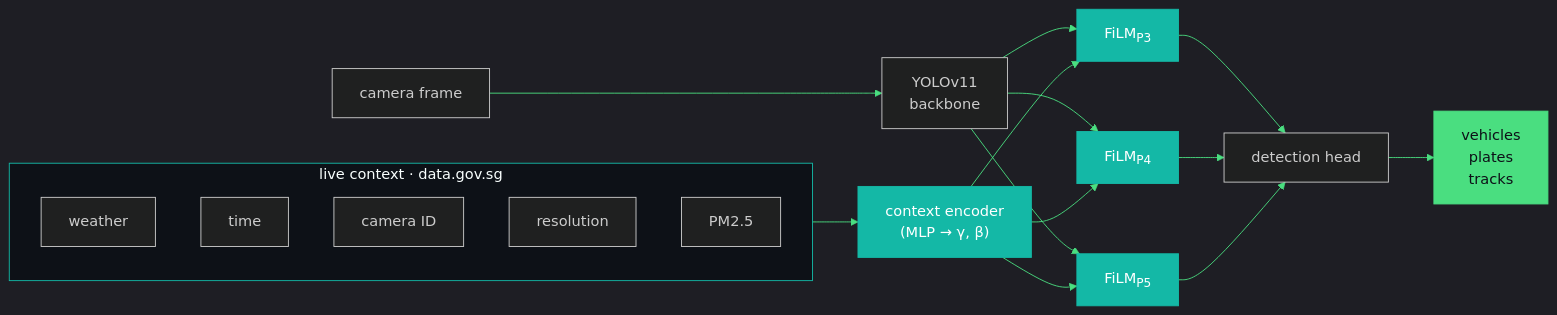
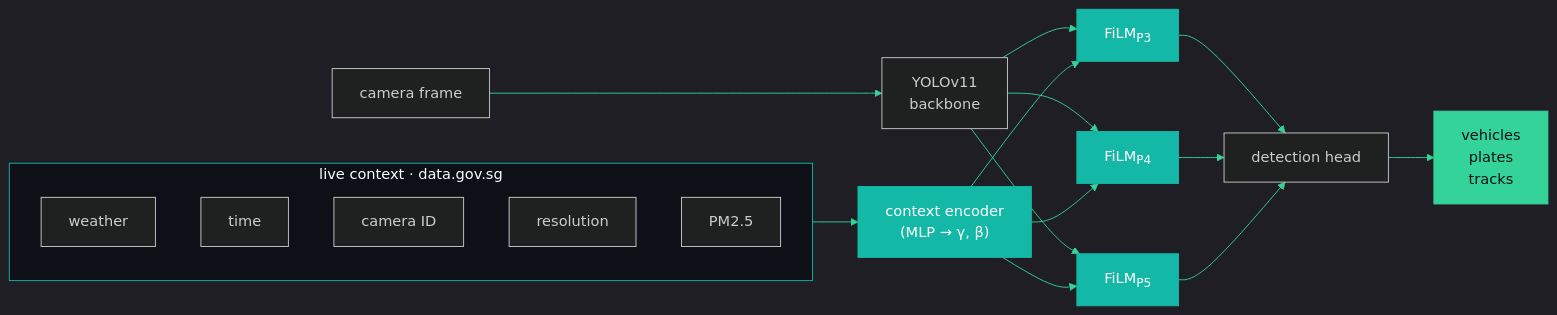
One commit to Suhxs-Reddy/Suhxs-Reddy changed the first of 2 diagrams in README.md. Above: the diagram before and after it, drawn with Mermaid. The commit also changed other lines of this file, not shown here.

````diff
--- a/README.md
+++ b/README.md
@@ -81,26 +109,26 @@
 ```mermaid
-%%{init: {'theme':'dark', 'themeVariables': {'primaryColor':'#14b8a6','primaryBorderColor':'#14b8a6','lineColor':'#4ade80','primaryTextColor':'#e5e7eb','background':'#0d1117'}}}%%
+%%{init: {'theme':'dark', 'themeVariables': {'primaryColor':'#14b8a6','primaryBorderColor':'#14b8a6','lineColor':'#34d399','primaryTextColor':'#e5e7eb','background':'#0d1117'}}}%%
 flowchart LR
     subgraph CTX["live context · data.gov.sg"]
         W[weather]
         T[time]
         C[camera ID]
         R[resolution]
         A[PM2.5]
     end
     CTX --> ENC["context encoder<br/>(MLP → γ, β)"]
     IMG["camera frame"] --> YOLO["YOLOv11<br/>backbone"]
     YOLO --> F1["FiLM<sub>P3</sub>"]
     YOLO --> F2["FiLM<sub>P4</sub>"]
     YOLO --> F3["FiLM<sub>P5</sub>"]
     ENC --> F1 & F2 & F3
     F1 & F2 & F3 --> H[detection head]
     H --> OUT["vehicles<br/>plates<br/>tracks"]
 
     style CTX fill:#0d1117,stroke:#14b8a6
     style ENC fill:#14b8a6,color:#fff,stroke:#14b8a6
     style F1 fill:#14b8a6,color:#fff,stroke:#14b8a6
     style F2 fill:#14b8a6,color:#fff,stroke:#14b8a6
     style F3 fill:#14b8a6,color:#fff,stroke:#14b8a6
-    style OUT fill:#4ade80,color:#0d1117,stroke:#4ade80
+    style OUT fill:#34d399,color:#0d1117,stroke:#34d399
 ```
````
